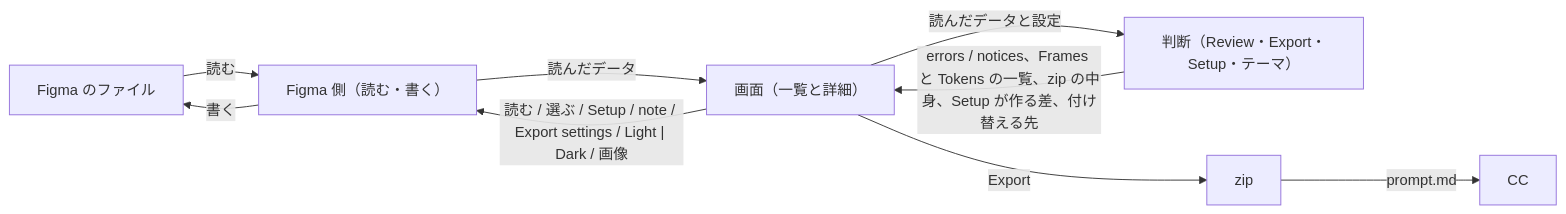
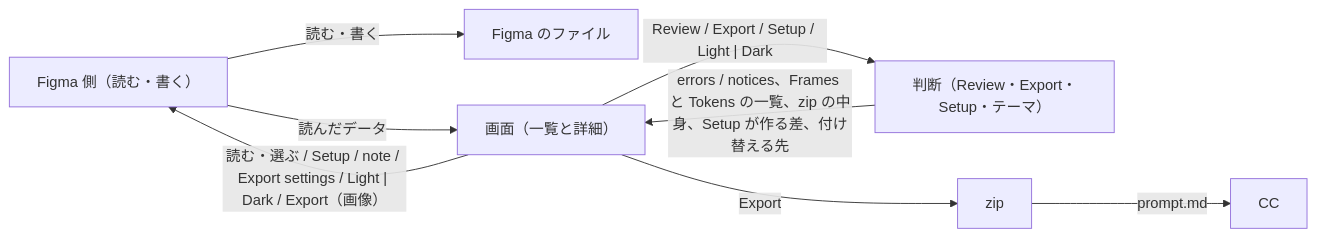
One commit to lovaizu/telldes changed the diagram in docs/design.md. Above: the diagram before and after it, drawn with Mermaid. The commit also changed other lines of this file and 1 other file, not shown here.

````diff
--- a/docs/design.md
+++ b/docs/design.md
@@ -35,11 +36,11 @@
 ```mermaid
 flowchart LR
-  file["Figma のファイル"] -- "読む" --> figma["Figma 側（読む・書く）"]
-  figma -- "書く" --> file
+  file["Figma のファイル"]
+  figma["Figma 側（読む・書く）"] -- "読む・書く" --> file
   figma -- "読んだデータ" --> ui["画面（一覧と詳細）"]
-  ui -- "読む / 選ぶ / Setup / note / Export settings / Light | Dark / 画像" --> figma
-  ui -- "読んだデータと設定" --> judge["判断（Review・Export・Setup・テーマ）"]
+  ui -- "読む・選ぶ / Setup / note / Export settings / Light | Dark / Export（画像）" --> figma
+  ui -- "Review / Export / Setup / Light | Dark" --> judge["判断（Review・Export・Setup・テーマ）"]
   judge -- "errors / notices、Frames と Tokens の一覧、zip の中身、Setup が作る差、付け替える先" --> ui
   ui -- "Export" --> zip["zip"]
   zip -- "prompt.md" --> cc["CC"]
 ```
````
